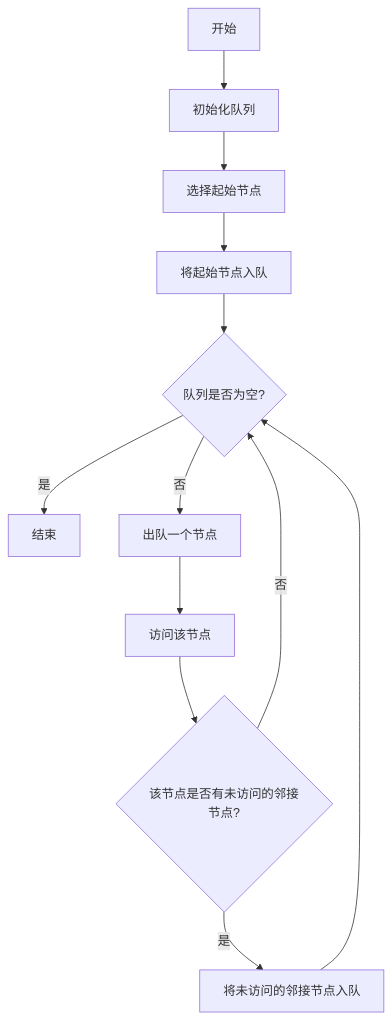
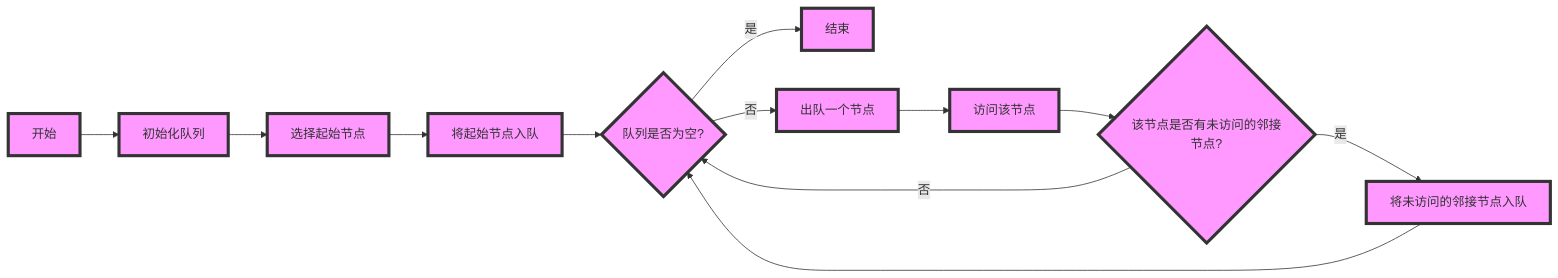
One commit to SeeleWelt/iodraw-files changed the diagram in all/未命名-2.md. Above: the diagram before and after it, drawn with Mermaid.

Commit message:
2025-04-20 16:57:45 update

````diff
--- a/all/未命名-2.md
+++ b/all/未命名-2.md
@@ -1,15 +1,17 @@
 ```mermaid
-graph TD
+graph LR
     A[开始] --> B[初始化队列]
     B --> C[选择起始节点]
     C --> D[将起始节点入队]
     D --> E{队列是否为空?}
     E -->|是| F[结束]
     E -->|否| G[出队一个节点]
     G --> H[访问该节点]
     H --> I{该节点是否有未访问的邻接节点?}
     I -->|是| J[将未访问的邻接节点入队]
     J --> E
     I -->|否| E
 
+    classDef default fill:#f9f,stroke:#333,stroke-width:4px;
+
 ```
````
